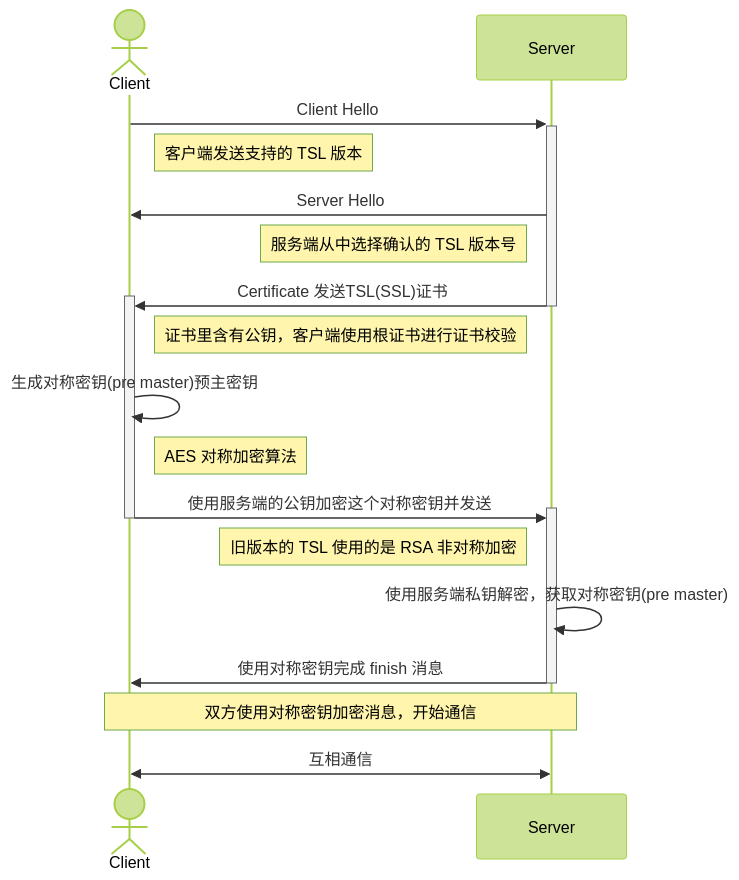
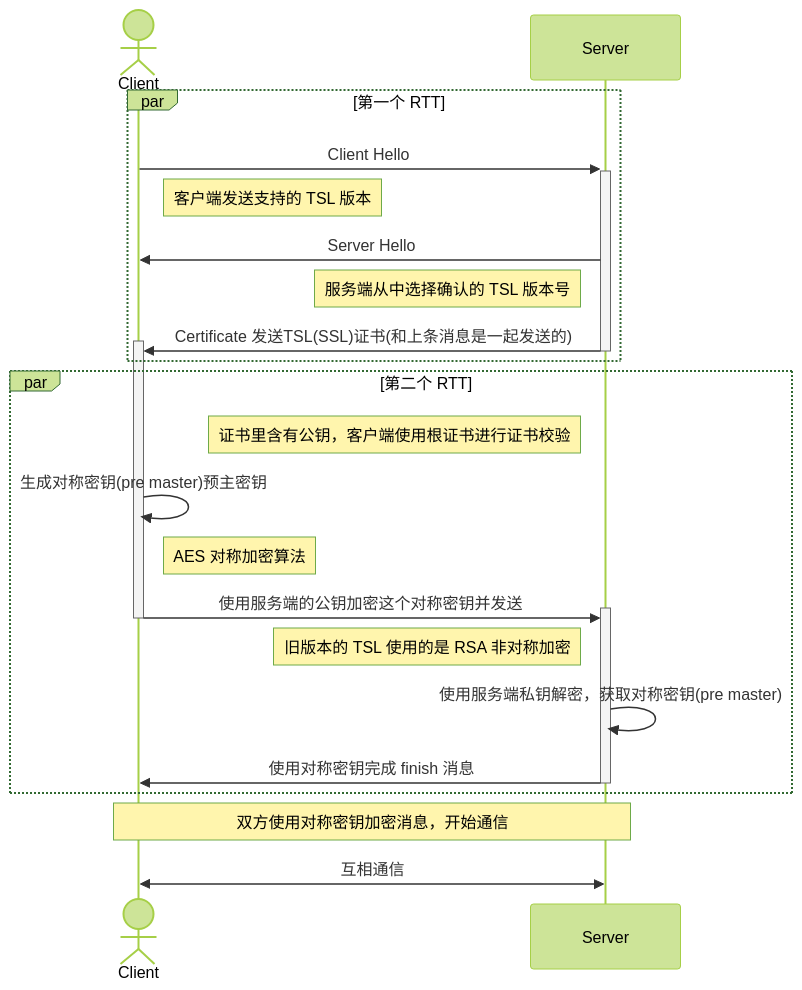
The fourth of 5 diagrams in lib/底层网络知识之应用层/HTTPS/index.md (kyriejoshua/network-protocol-notes), drawn with Mermaid (forest theme) before and after one commit. The commit also changed other lines of this file and 1 other file, not shown here.

````diff
--- a/lib/底层网络知识之应用层/HTTPS/index.md
+++ b/lib/底层网络知识之应用层/HTTPS/index.md
@@ -477,20 +481,24 @@
 ```mermaid
 sequenceDiagram
 actor Client
+par 第一个 RTT
 Client ->> +Server: Client Hello
 note right of Client: 客户端发送支持的 TSL 版本
 Server ->> Client: Server Hello
 note left of Server: 服务端从中选择确认的 TSL 版本号
-Server ->> +Client: Certificate 发送TSL(SSL)证书
+Server ->> +Client: Certificate 发送TSL(SSL)证书(和上条消息是一起发送的)
 deactivate Server
+end
+par 第二个 RTT
 note left of Server: 证书里含有公钥，客户端使用根证书进行证书校验
 Client ->> Client: 生成对称密钥(pre master)预主密钥
 note right of Client: AES 对称加密算法
 Client ->> +Server: 使用服务端的公钥加密这个对称密钥并发送
 deactivate Client
 note left of Server: 旧版本的 TSL 使用的是 RSA 非对称加密
 Server ->> Server: 使用服务端私钥解密，获取对称密钥(pre master)
 Server ->> -Client: 使用对称密钥完成 finish 消息
+end
 note over Client, Server: 双方使用对称密钥加密消息，开始通信
 Server <<->> Client: 互相通信
 ```
````
